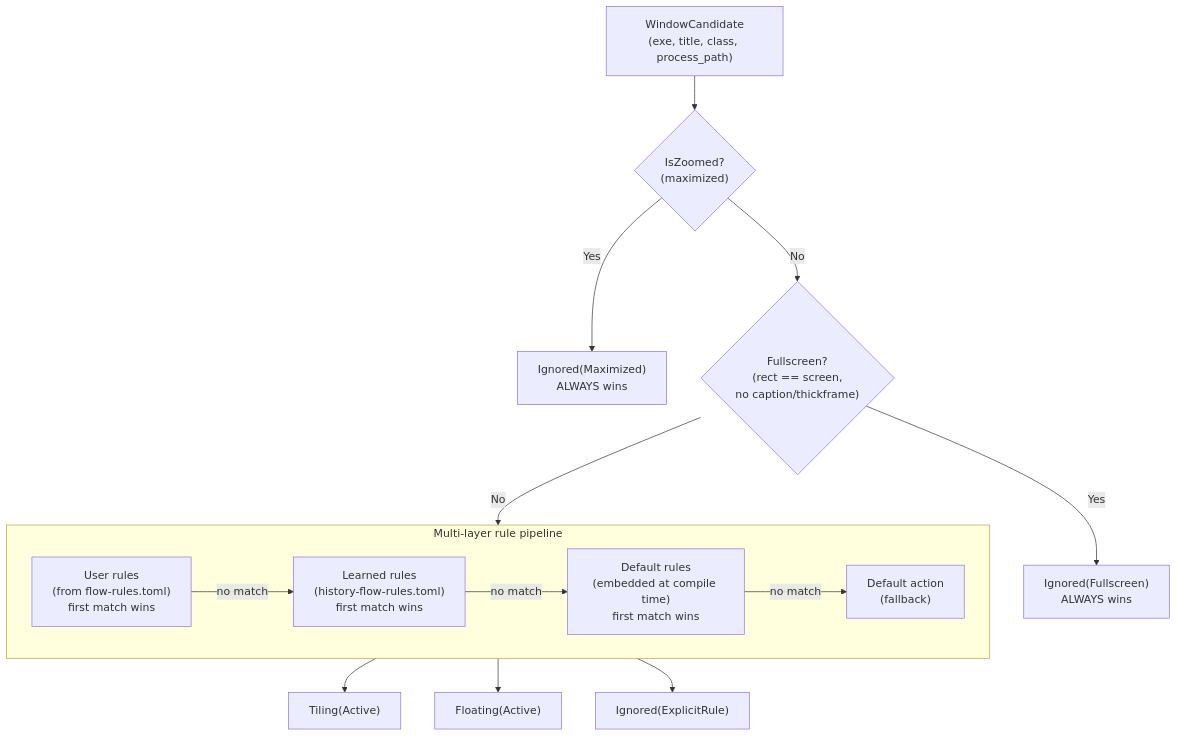
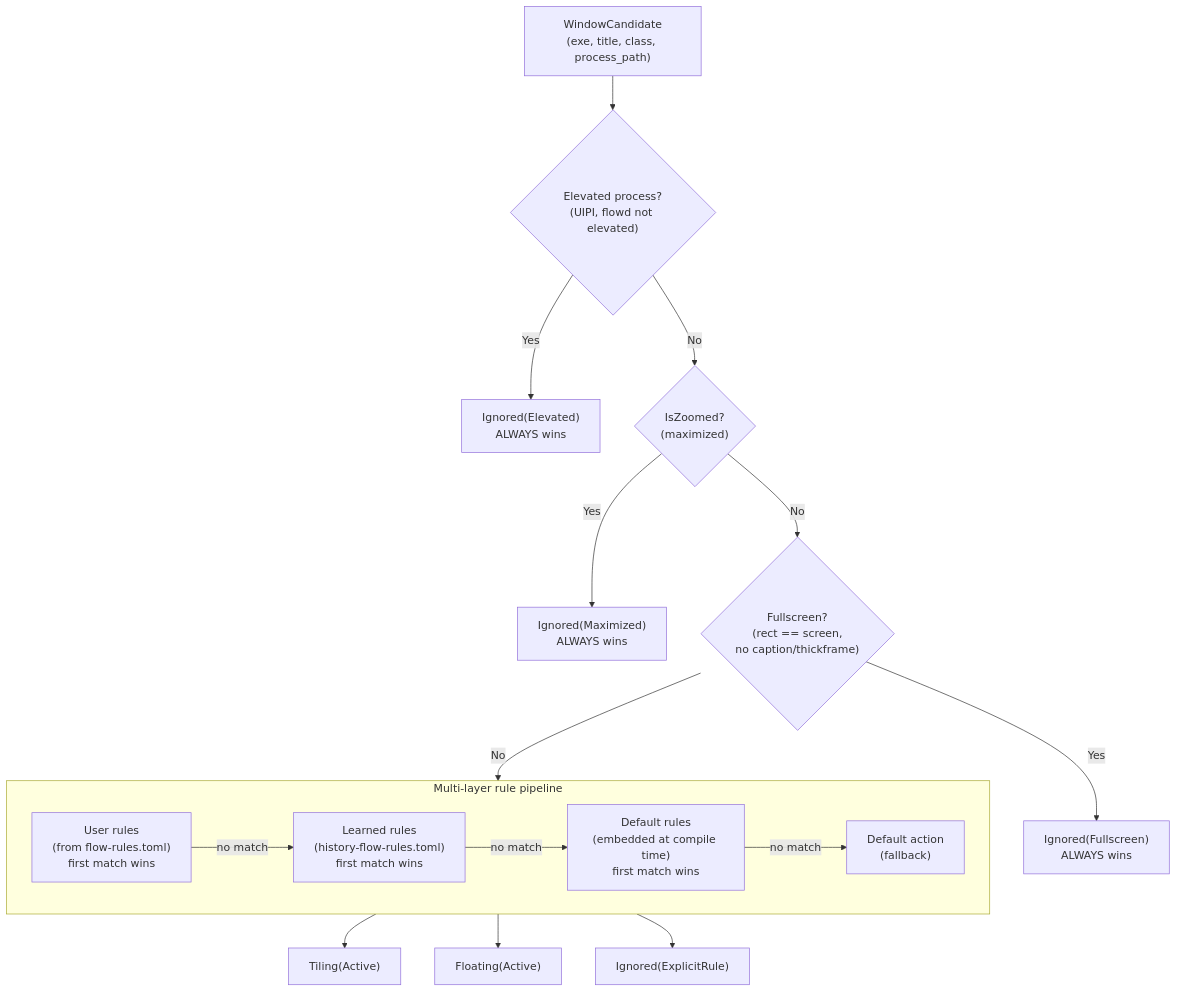
One commit to darth-feir/flow-wm-multi-monitor changed the fourth of 4 diagrams in docs/src/dev-guide/window-registry.md. Above: the diagram before and after it, drawn with Mermaid. The commit also changed other lines of this file and 32 other files, not shown here.

````diff
--- a/docs/src/dev-guide/window-registry.md
+++ b/docs/src/dev-guide/window-registry.md
@@ -258,22 +259,24 @@
 ```mermaid
 flowchart TB
-    C["WindowCandidate<br/>(exe, title, class, process_path)"] --> MAX{"IsZoomed?<br/>(maximized)"}
+    C["WindowCandidate<br/>(exe, title, class, process_path)"] --> ELV{"Elevated process?<br/>(UIPI, flowd not elevated)"}
+    ELV -- Yes --> IGELV["Ignored(Elevated)<br/>ALWAYS wins"]
+    ELV -- No --> MAX{"IsZoomed?<br/>(maximized)"}
     MAX -- Yes --> IGMAX["Ignored(Maximized)<br/>ALWAYS wins"]
     MAX -- No --> FS{"Fullscreen?<br/>(rect == screen,<br/>no caption/thickframe)"}
     FS -- Yes --> IGFS["Ignored(Fullscreen)<br/>ALWAYS wins"]
     FS -- No --> PIPE["ClassificationPipeline"]
 
     subgraph PIPE["Multi-layer rule pipeline"]
         UR["User rules<br/>(from flow-rules.toml)<br/>first match wins"]
         LR["Learned rules<br/>(history-flow-rules.toml)<br/>first match wins"]
         DR["Default rules<br/>(embedded at compile time)<br/>first match wins"]
         FALL["Default action<br/>(fallback)"]
         UR -- no match --> LR
         LR -- no match --> DR
         DR -- no match --> FALL
     end
 
     PIPE --> T["Tiling(Active)"]
     PIPE --> FL["Floating(Active)"]
     PIPE --> IGX["Ignored(ExplicitRule)"]
 ```
````
